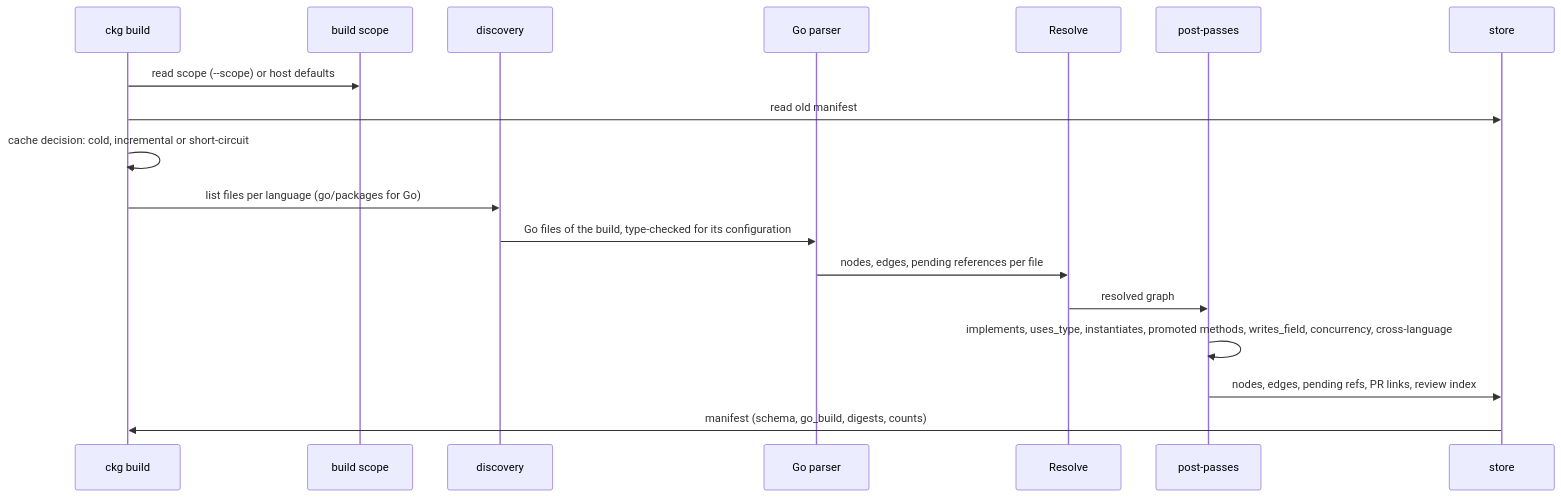
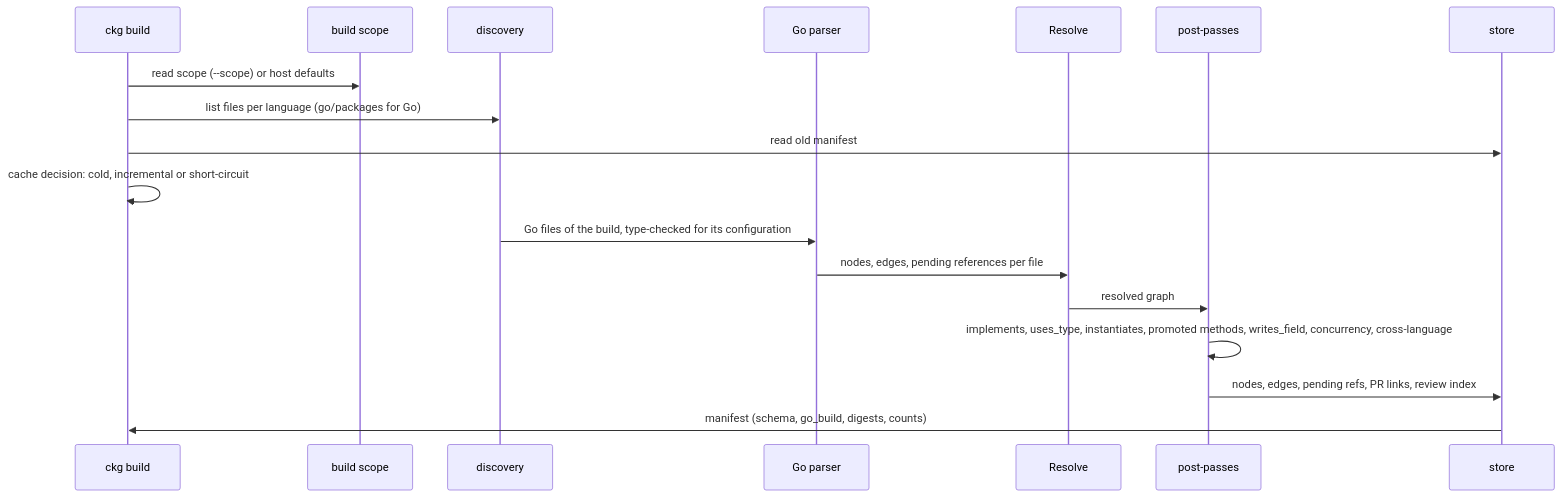
The first of 2 diagrams in docs/graph/BUILD-AND-QUERY-FLOW.md (0xmhha/knowledge-system), drawn with Mermaid before and after one commit. The commit also changed other lines of this file and 29 other files, not shown here.

````diff
--- a/docs/graph/BUILD-AND-QUERY-FLOW.md
+++ b/docs/graph/BUILD-AND-QUERY-FLOW.md
@@ -20,20 +22,20 @@
 ```mermaid
 sequenceDiagram
   participant U as ckg build
   participant X as build scope
   participant D as discovery
   participant P as Go parser
   participant R as Resolve
   participant A as post-passes
   participant S as store
   U->>X: read scope (--scope) or host defaults
+  U->>D: list files per language (go/packages for Go)
   U->>S: read old manifest
   U->>U: cache decision: cold, incremental or short-circuit
-  U->>D: list files per language (go/packages for Go)
   D->>P: Go files of the build, type-checked for its configuration
   P->>R: nodes, edges, pending references per file
   R->>A: resolved graph
   A->>A: implements, uses_type, instantiates, promoted methods, writes_field, concurrency, cross-language
   A->>S: nodes, edges, pending refs, PR links, review index
   S->>U: manifest (schema, go_build, digests, counts)
 ```
````
